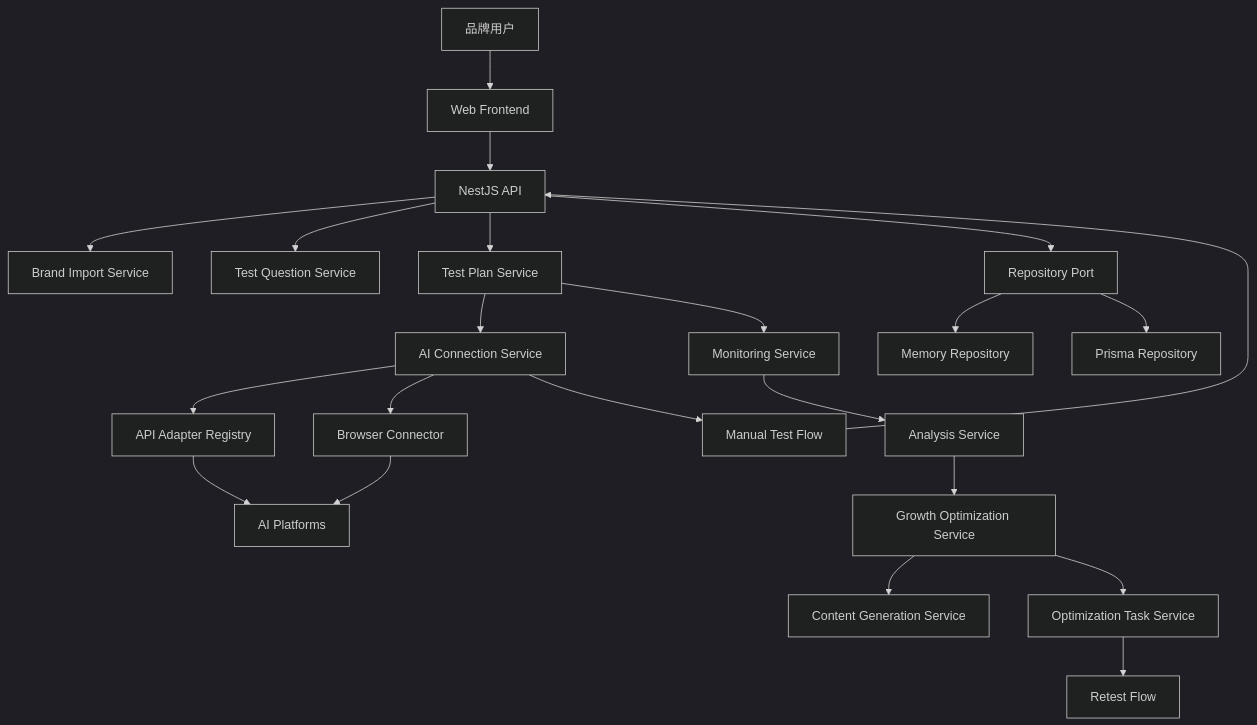
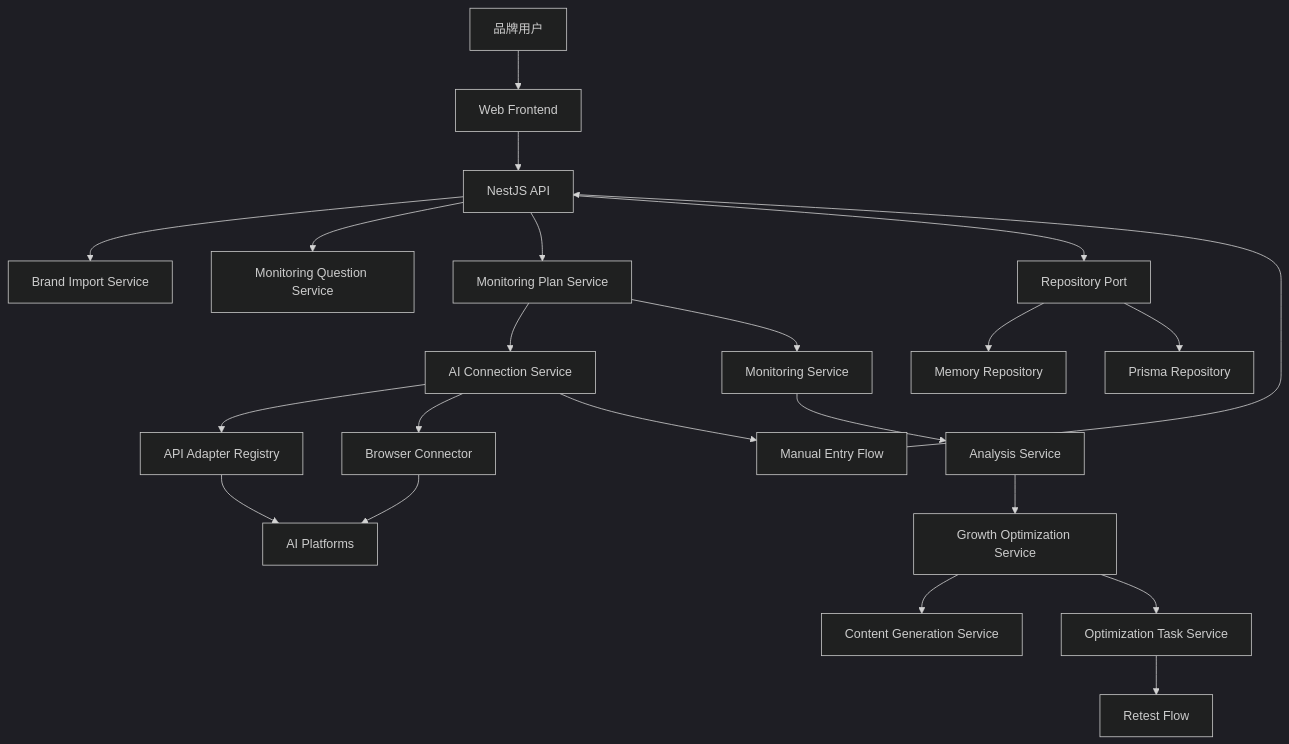
Before and after one commit to nn190yxn/Alex: the diagram in .monkeycode/specs/beginner-friendly-geo-workflow/design.md, drawn with Mermaid (dark theme). The commit also changed other lines of this file and 149 other files, not shown here.

````diff
--- a/.monkeycode/specs/beginner-friendly-geo-workflow/design.md
+++ b/.monkeycode/specs/beginner-friendly-geo-workflow/design.md
@@ -14,24 +14,24 @@
 ```mermaid
 graph TD
     U["品牌用户"] --> FE["Web Frontend"]
     FE --> API["NestJS API"]
     API --> IMPORT["Brand Import Service"]
-    API --> QUESTION["Test Question Service"]
-    API --> PLAN["Test Plan Service"]
+    API --> QUESTION["Monitoring Question Service"]
+    API --> PLAN["Monitoring Plan Service"]
     PLAN --> CONNECT["AI Connection Service"]
     CONNECT --> APIADAPTER["API Adapter Registry"]
     CONNECT --> BROWSER["Browser Connector"]
-    CONNECT --> MANUAL["Manual Test Flow"]
+    CONNECT --> MANUAL["Manual Entry Flow"]
     APIADAPTER --> AI["AI Platforms"]
     BROWSER --> AI
     MANUAL --> API
     PLAN --> MONITOR["Monitoring Service"]
     MONITOR --> ANALYSIS["Analysis Service"]
     ANALYSIS --> GROWTH["Growth Optimization Service"]
     GROWTH --> CONTENT["Content Generation Service"]
     GROWTH --> TASKS["Optimization Task Service"]
     TASKS --> RETEST["Retest Flow"]
     API --> REPO["Repository Port"]
     REPO --> MEMORY["Memory Repository"]
     REPO --> PRISMA["Prisma Repository"]
 ```
````
